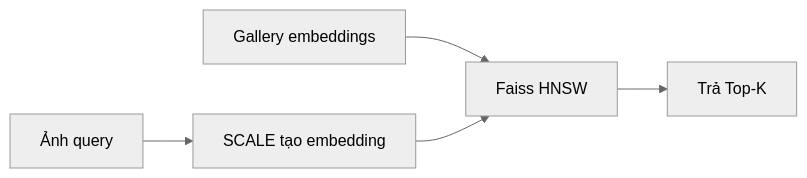
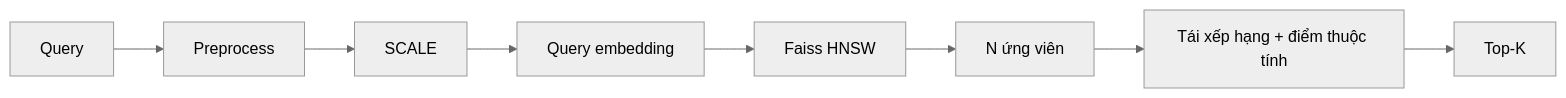
The diagram in docs/proposal/08_Improvements.md (Computer-Vision-HCMUS/Product-Ecommerce-Image-Retrieval), drawn with Mermaid (neutral theme) before and after one commit. The commit also changed other lines of this file and 88 other files, not shown here.

````diff
--- a/docs/proposal/08_Improvements.md
+++ b/docs/proposal/08_Improvements.md
@@ -14,7 +5,7 @@
 ```mermaid
 flowchart LR
-    Q["Ảnh query"] --> E["SCALE tạo embedding"]
-    G["Gallery embeddings"] --> H["Faiss HNSW"]
-    E --> H
-    H --> K["Trả Top-K"]
+    Q["Query"] --> P["Preprocess"] --> S["SCALE"] --> E["Query embedding"] --> F["Faiss HNSW"]
+    F --> N["N ứng viên"]
+    N --> R["Tái xếp hạng + điểm thuộc tính"]
+    R --> K["Top-K"]
 ```
````
